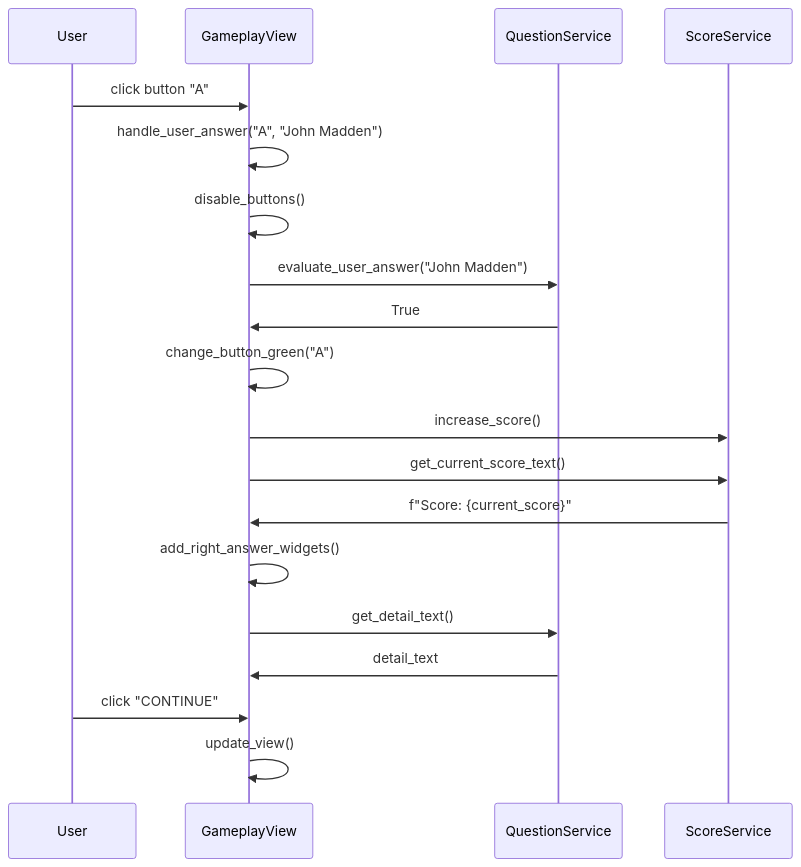
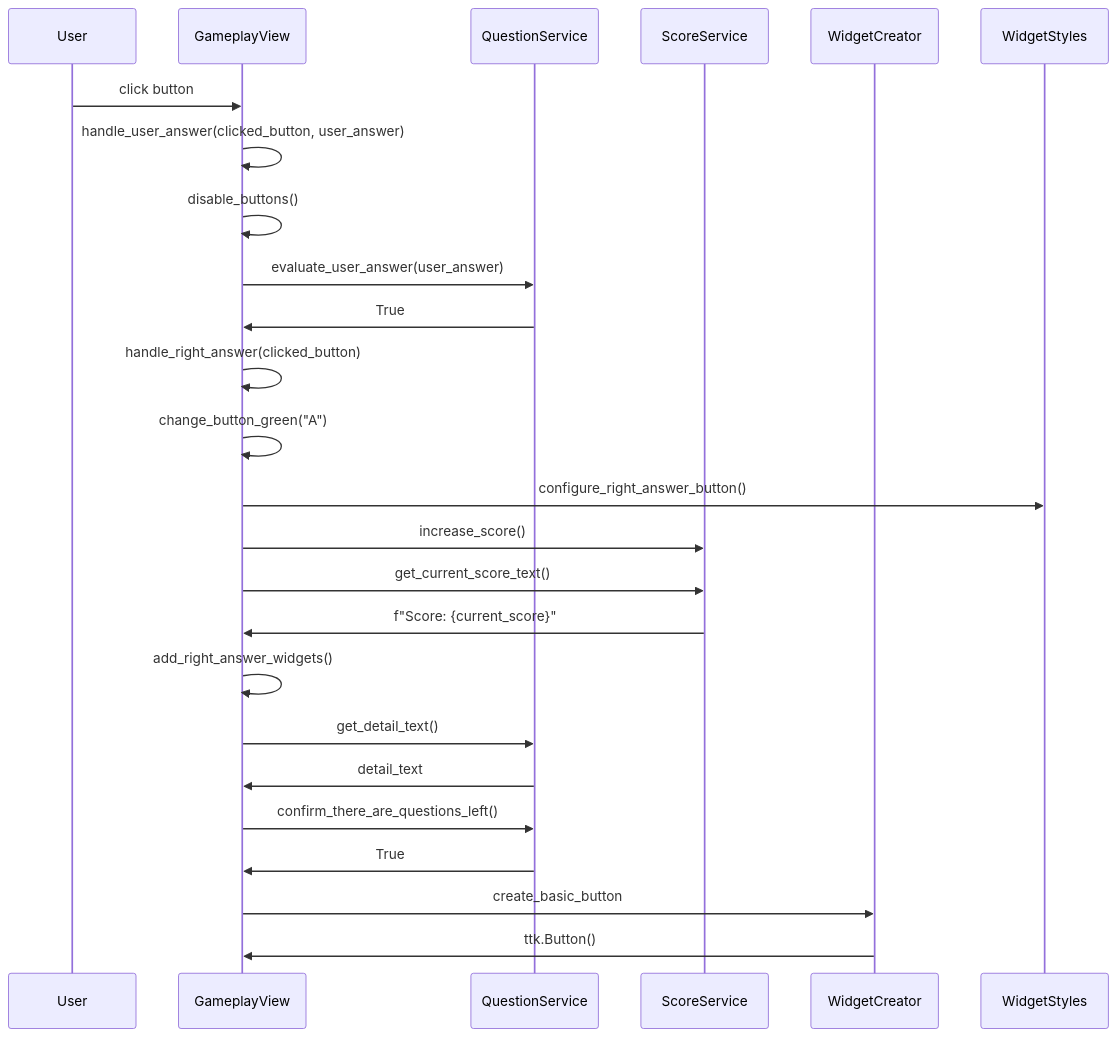
Before and after one commit to danieldenial/ot-harjoitus: the second of 2 diagrams in dokumentaatio/arkkitehtuuri.md, drawn with Mermaid. The commit also changed other lines of this file and 4 other files, not shown here.

````diff
--- a/dokumentaatio/arkkitehtuuri.md
+++ b/dokumentaatio/arkkitehtuuri.md
@@ -131,22 +142,27 @@
 ```mermaid
 sequenceDiagram
     participant User
     participant GameplayView
     participant QuestionService
     participant ScoreService
-    User->>GameplayView: click button "A"
-    GameplayView->>GameplayView: handle_user_answer("A", "John Madden")
+    participant WidgetCreator
+    participant WidgetStyles
+    User->>GameplayView: click button
+    GameplayView->>GameplayView: handle_user_answer(clicked_button, user_answer)
     GameplayView->>GameplayView: disable_buttons()
-    GameplayView->>QuestionService: evaluate_user_answer("John Madden")
+    GameplayView->>QuestionService: evaluate_user_answer(user_answer)
     QuestionService->>GameplayView: True
+    GameplayView->>GameplayView: handle_right_answer(clicked_button)
     GameplayView->>GameplayView: change_button_green("A")
+    GameplayView->>WidgetStyles: configure_right_answer_button()
     GameplayView->>ScoreService: increase_score()
     GameplayView->>ScoreService: get_current_score_text()
     ScoreService->>GameplayView: f"Score: {current_score}"
     GameplayView->>GameplayView: add_right_answer_widgets()
     GameplayView->>QuestionService: get_detail_text()
     QuestionService->>GameplayView: detail_text
-    User->>GameplayView: click "CONTINUE"
-    GameplayView->>GameplayView: update_view()
-
+    GameplayView->>QuestionService: confirm_there_are_questions_left()
+    QuestionService->>GameplayView: True
+    GameplayView->>WidgetCreator: create_basic_button
+    WidgetCreator->>GameplayView: ttk.Button()
 ```
````
